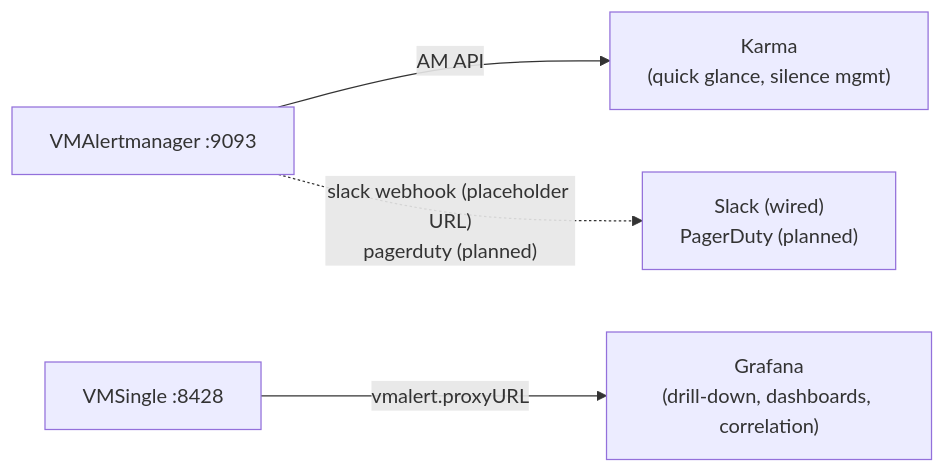
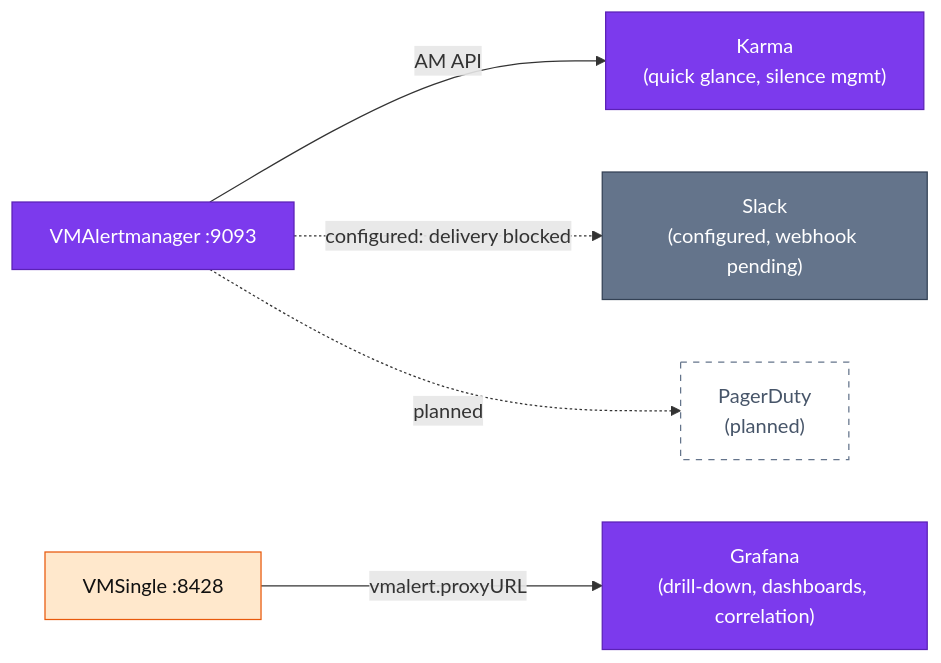
The diagram in docs/observability/alerting/dashboard-comparison.md (duynhlab/homelab), drawn with Mermaid before and after one commit. The commit also changed other lines of this file and 33 other files, not shown here.

First line of the commit message:
Refresh observability diagrams (#516)

````diff
--- a/docs/observability/alerting/dashboard-comparison.md
+++ b/docs/observability/alerting/dashboard-comparison.md
@@ -182,11 +182,22 @@
 ```mermaid
 flowchart LR
     VMAM["VMAlertmanager :9093"]
     Karma["Karma<br/>(quick glance, silence mgmt)"]
     Grafana["Grafana<br/>(drill-down, dashboards, correlation)"]
-    Future["Slack (wired)<br/>PagerDuty (planned)"]
+    Slack["Slack<br/>(configured, webhook pending)"]
+    PagerDuty["PagerDuty<br/>(planned)"]
 
     VMAM -->|"AM API"| Karma
-    VMAM -.->|"slack webhook (placeholder URL)<br/>pagerduty (planned)"| Future
+    VMAM -.->|"configured: delivery blocked"| Slack
+    VMAM -.->|"planned"| PagerDuty
     VMSingle["VMSingle :8428"] -->|"vmalert.proxyURL"| Grafana
+
+    classDef metric fill:#ffe8cc,color:#111,stroke:#e8590c;
+    classDef platform fill:#7c3aed,color:#fff,stroke:#5b21b6;
+    classDef external fill:#64748b,color:#fff,stroke:#334155;
+    classDef planned fill:#fff,color:#475569,stroke:#64748b,stroke-dasharray:5 5;
+    class VMSingle metric;
+    class VMAM,Karma,Grafana platform;
+    class Slack external;
+    class PagerDuty planned;
 ```
````
